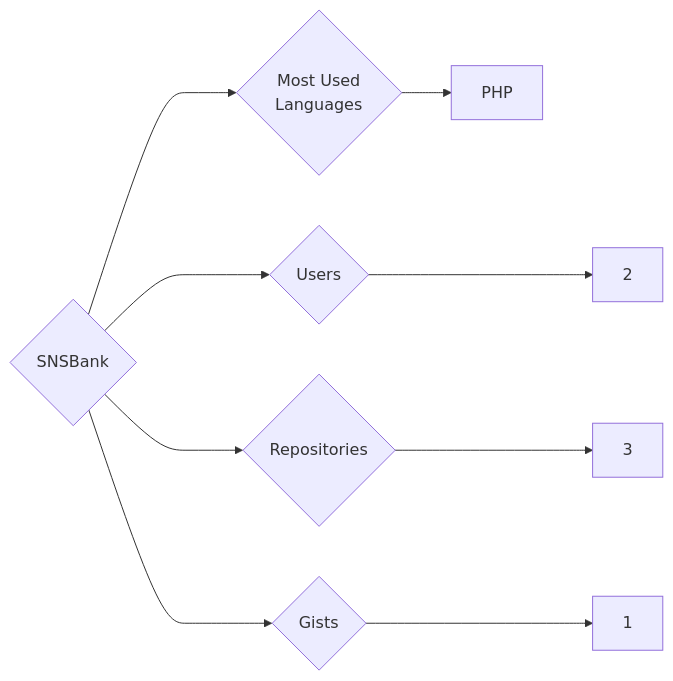
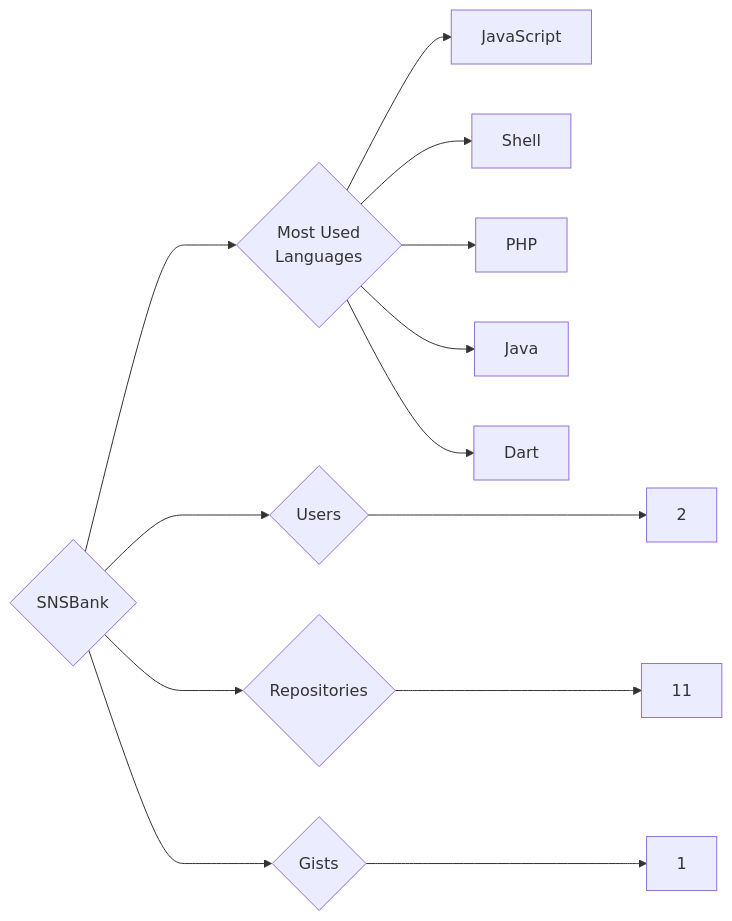
Before and after one commit to trickest/insiders: the diagram in targets/SNSBank/README.md, drawn with Mermaid. The commit also changed 1248 other files, not shown here.

````diff
--- a/targets/SNSBank/README.md
+++ b/targets/SNSBank/README.md
@@ -3,9 +3,13 @@
 ```mermaid
 graph LR
 COMPANY_NAME{SNSBank}
 COMPANY_NAME ---> U{Users} ---> UN[2]
-COMPANY_NAME ---> R{Repositories} ---> RN[3]
+COMPANY_NAME ---> R{Repositories} ---> RN[11]
 COMPANY_NAME ---> G{Gists} ---> GN[1]
 COMPANY_NAME ---> ML{Most Used<br>Languages}
+ML --> JavaScript[JavaScript]
+ML --> Shell[Shell]
 ML --> PHP[PHP]
+ML --> Java[Java]
+ML --> Dart[Dart]
 ```
````
